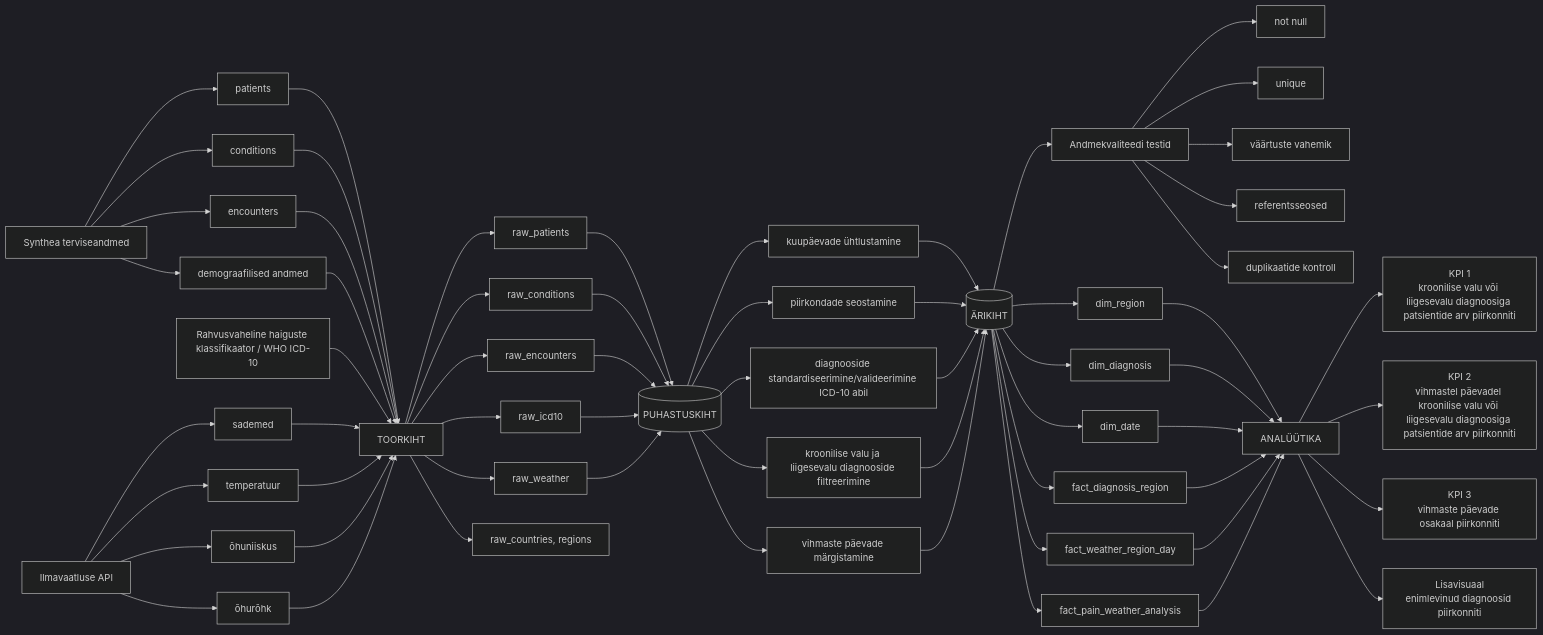
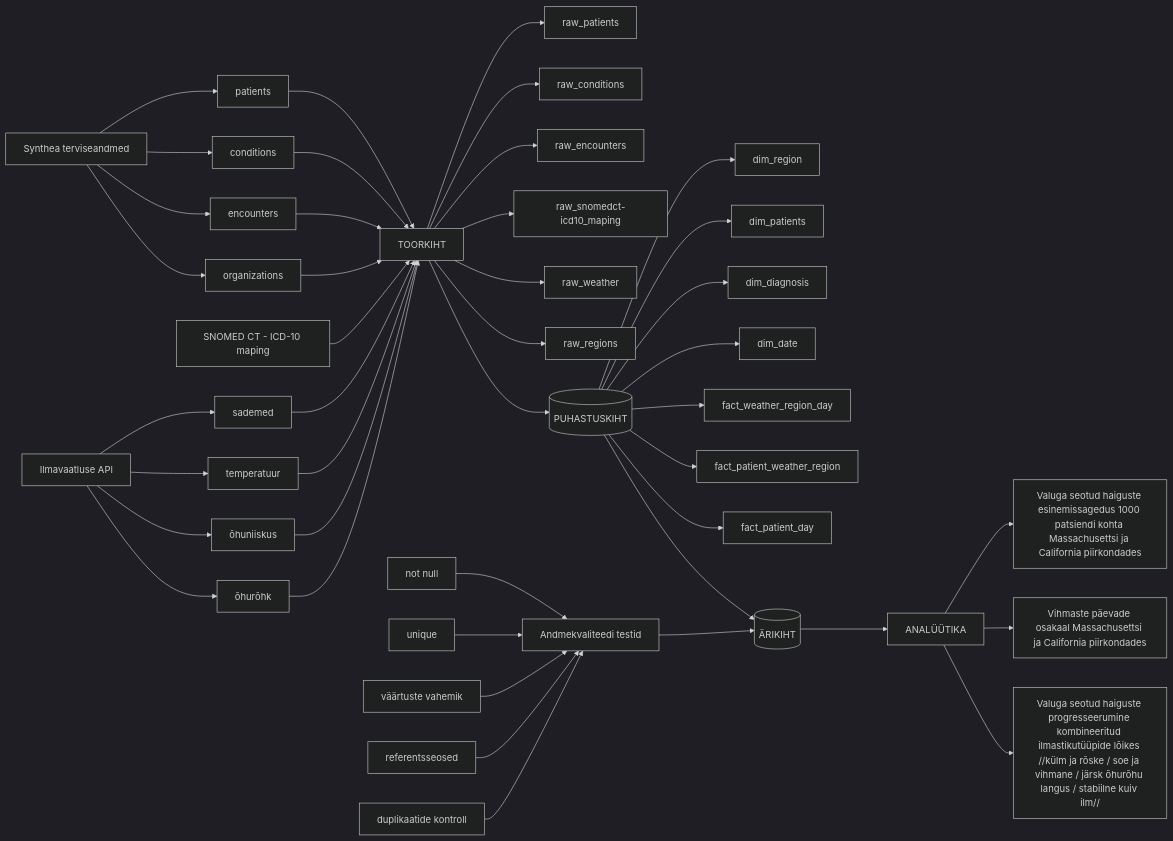
One commit to sergeierbin/weather-disease-correlation changed the second of 3 diagrams in docs/arhitektuur.md. Above: the diagram before and after it, drawn with Mermaid (dark theme). The commit also changed other lines of this file and 6 other files, not shown here.

````diff
--- a/docs/arhitektuur.md
+++ b/docs/arhitektuur.md
@@ -48,9 +52,9 @@
     A1[patients]
     A2[conditions]
     A3[encounters]
-    A4[demograafilised andmed]
+    A4[organizations]
 
-    B1[Rahvusvaheline haiguste klassifikaator / WHO ICD-10]
+    B1[SNOMED CT - ICD-10 maping]
 
     C[Ilmavaatluse API]
     C1[sademed]
@@ -83,102 +87,79 @@
     C3 --> D
     C4 --> D
 
-    E1[raw_patients]
-    E2[raw_conditions]
-    E3[raw_encounters]
-    E4[raw_icd10]
-    E5[raw_weather]
-    E6[raw_countries, regions]
+    D1[raw_patients]
+    D2[raw_conditions]
+    D3[raw_encounters]
+    D4[raw_snomedct-icd10_maping]
+    D5[raw_weather]
+    D6[raw_regions]
 
-    D --> E1
-    D --> E2
-    D --> E3
-    D --> E4
-    D --> E5
-    D --> E6
+    D --> D1
+    D --> D2
+    D --> D3
+    D --> D4
+    D --> D5
+    D --> D6
 
     %% =========================
     %% PUHASTUSKIHT / HÕBE KIHT
     %% =========================
-    F[(PUHASTUSKIHT)]
-    F1[kuupäevade ühtlustamine]
-    F2[piirkondade seostamine]
-    F3[diagnooside standardiseerimine/valideerimine ICD-10 abil]
-    F4[kroonilise valu ja liigesevalu diagnooside filtreerimine]
-    F5[vihmaste päevade märgistamine]
+    E[(PUHASTUSKIHT)]
+    E1[dim_region]
+    E2[dim_patients]
+    E3[dim_diagnosis]
+    E4[dim_date]
+    %% faktitabel moodustub lausendist: ühel päeval esinenud ilm ühe piirkonna kohta
+    E5[fact_weather_region_day] 
+    %% faktitabel moodustub lausendist ühe patsiendi sümptomite algus ja lõpp ühe piirkonna kohta
+    E6[fact_patient_weather_region]
+    %% faktitabel moodustub lausendist ühe patsiendi sündmus ühes päevas
+    E7[fact_patient_day]
 
-    E1 --> F
-    E2 --> F
-    E3 --> F
-    E4 --> F
-    E5 --> F
-
-    F --> F1
-    F --> F2
-    F --> F3
-    F --> F4
-    F --> F5
+    D --> E
+     
+    E --> E1
+    E --> E2
+    E --> E3
+    E --> E4 
+    E --> E5
+    E --> E6
+    E --> E7   
+    E--> F
 
     %% =========================
     %% ÄRIKIHT / KULD KIHT
     %% =========================
-    G[(ÄRIKIHT)]
-    G1[dim_region]
-    G2[dim_diagnosis]
-    G3[dim_date]
-    G4[fact_diagnosis_region]
-    G5[fact_weather_region_day]
-    G6[fact_pain_weather_analysis]
+    F[(ÄRIKIHT)]
 
-    F1 --> G
-    F2 --> G
-    F3 --> G
-    F4 --> G
-    F5 --> G
-
-    G --> G1
-    G --> G2
-    G --> G3
-    G --> G4
-    G --> G5
-    G --> G6
+    F --> H
 
     %% =========================
     %% ANDMEKVALITEET
     %% =========================
-    H[Andmekvaliteedi testid]
-    H1[not null]
-    H2[unique]
-    H3[väärtuste vahemik]
-    H4[referentsseosed]
-    H5[duplikaatide kontroll]
+    G[Andmekvaliteedi testid]
+    G1[not null]
+    G2[unique]
+    G3[väärtuste vahemik]
+    G4[referentsseosed]
+    G5[duplikaatide kontroll]
 
-    G --> H 
+    G --> F 
+    G1 --> G
+    G2 --> G
+    G3 --> G
+    G4 --> G
+    G5 --> G
+
+    %% =========================
+    %% ANALÜÜTIKA / VISUAALID
+    %% =========================
+    H[ANALÜÜTIKA]
+    H1[Valuga seotud haiguste esinemissagedus 1000 patsiendi kohta Massachusettsi ja California piirkondades]
+    H2[Vihmaste päevade osakaal Massachusettsi ja California piirkondades]
+    H3[Valuga seotud haiguste progresseerumine kombineeritud ilmastikutüüpide lõikes //külm ja rõske / soe ja vihmane / järsk õhurõhu langus / stabiilne kuiv ilm//]
 
     H --> H1
     H --> H2
     H --> H3
-    H --> H4
-    H --> H5
-
-    %% =========================
-    %% ANALÜÜTIKA / VISUAALID
-    %% =========================
-    I[ANALÜÜTIKA]
-    I1[KPI 1<br/>kroonilise valu või liigesevalu diagnoosiga patsientide arv piirkonniti]
-    I2[KPI 2<br/>vihmastel päevadel kroonilise valu või liigesevalu diagnoosiga patsientide arv piirkonniti]
-    I3[KPI 3<br/>vihmaste päevade osakaal piirkonniti]
-    I4[Lisavisuaal<br/>enimlevinud diagnoosid piirkonniti]
-
-    G1 --> I
-    G2 --> I
-    G3 --> I
-    G4 --> I
-    G5 --> I
-    G6 --> I
-
-    I --> I1
-    I --> I2
-    I --> I3
-    I --> I4
 ```
````
